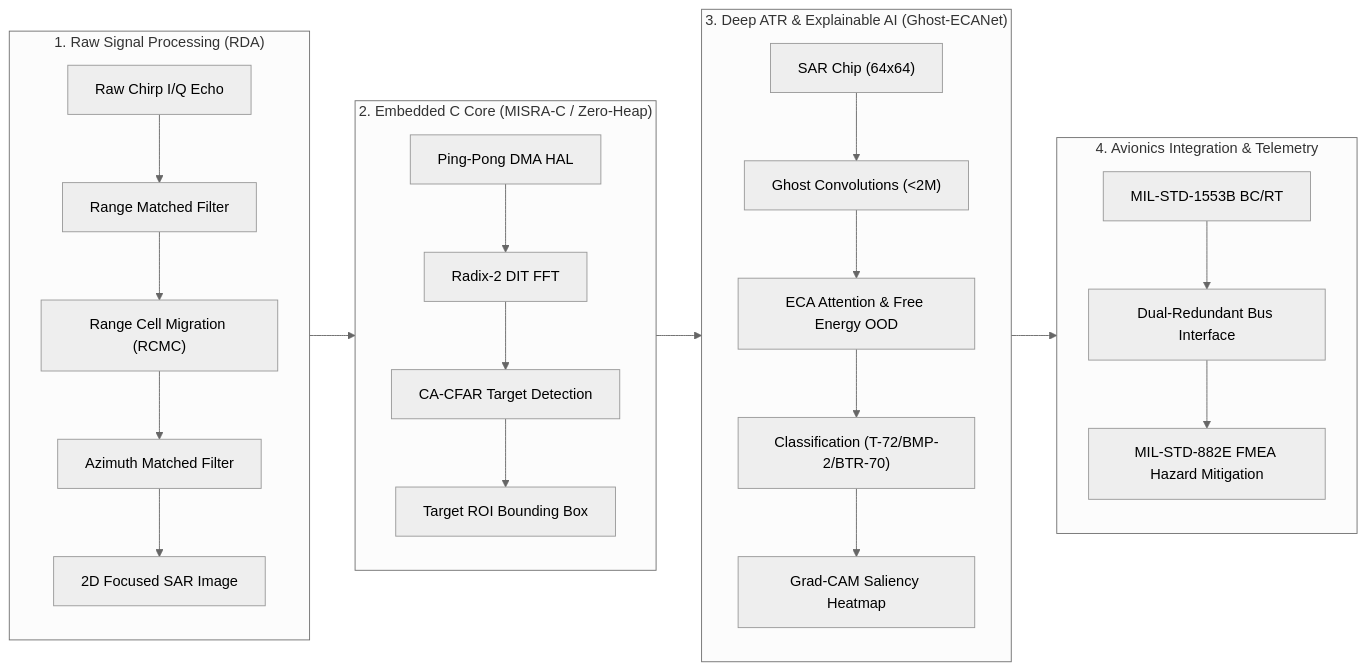
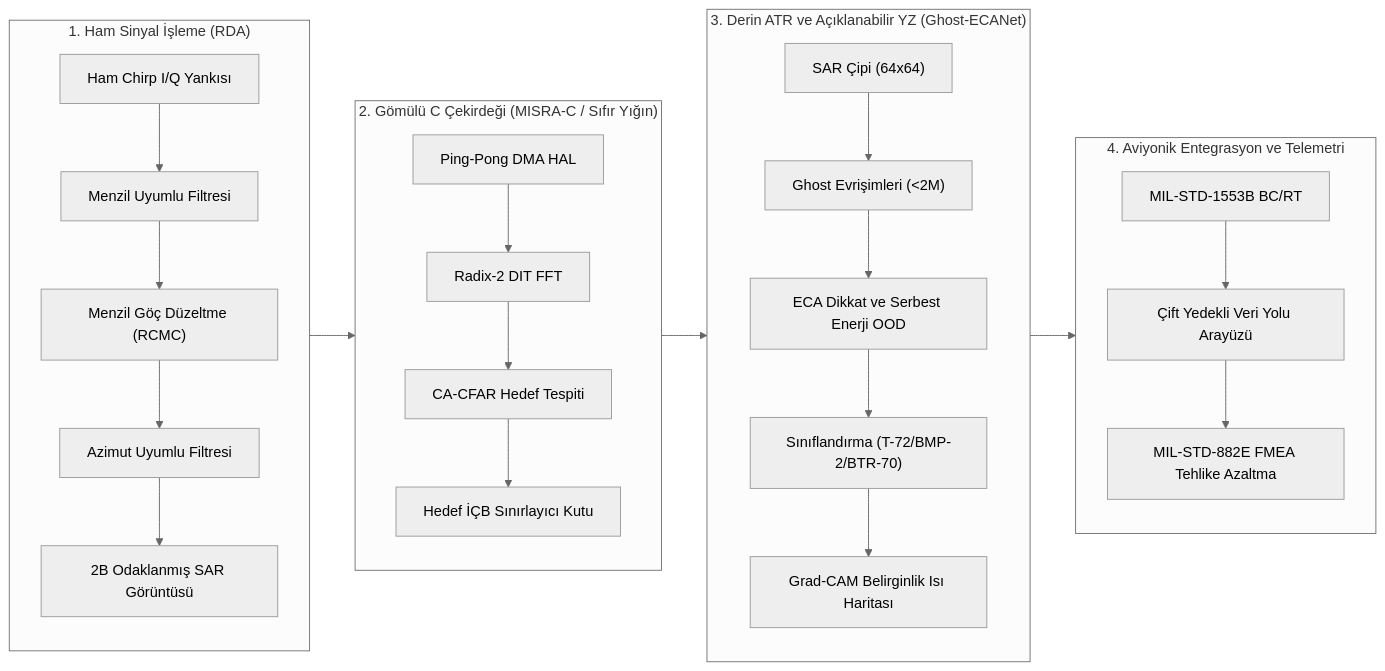
Before and after one commit to TunahanSanal/EdgeSAR: the diagram in README.md, drawn with Mermaid (neutral theme). The commit also changed other lines of this file and 1 other file, not shown here.

````diff
--- a/README.md
+++ b/README.md
@@ -22,35 +22,35 @@
 ```mermaid
 flowchart LR
-    subgraph S1["1. Raw Signal Processing (RDA)"]
+    subgraph S1["1. Ham Sinyal İşleme (RDA)"]
         direction TB
-        A1["Raw Chirp I/Q Echo"] --> A2["Range Matched Filter"]
-        A2 --> A3["Range Cell Migration (RCMC)"]
-        A3 --> A4["Azimuth Matched Filter"]
-        A4 --> A5["2D Focused SAR Image"]
+        A1["Ham Chirp I/Q Yankısı"] --> A2["Menzil Uyumlu Filtresi"]
+        A2 --> A3["Menzil Göç Düzeltme (RCMC)"]
+        A3 --> A4["Azimut Uyumlu Filtresi"]
+        A4 --> A5["2B Odaklanmış SAR Görüntüsü"]
     end
 
-    subgraph S2["2. Embedded C Core (MISRA-C / Zero-Heap)"]
+    subgraph S2["2. Gömülü C Çekirdeği (MISRA-C / Sıfır Yığın)"]
         direction TB
         B1["Ping-Pong DMA HAL"] --> B2["Radix-2 DIT FFT"]
-        B2 --> B3["CA-CFAR Target Detection"]
-        B3 --> B4["Target ROI Bounding Box"]
+        B2 --> B3["CA-CFAR Hedef Tespiti"]
+        B3 --> B4["Hedef İÇB Sınırlayıcı Kutu"]
     end
 
-    subgraph S3["3. Deep ATR & Explainable AI (Ghost-ECANet)"]
+    subgraph S3["3. Derin ATR ve Açıklanabilir YZ (Ghost-ECANet)"]
         direction TB
-        C1["SAR Chip (64x64)"] --> C2["Ghost Convolutions (<2M)"]
-        C2 --> C3["ECA Attention & Free Energy OOD"]
-        C3 --> C4["Classification (T-72/BMP-2/BTR-70)"]
-        C4 --> C5["Grad-CAM Saliency Heatmap"]
+        C1["SAR Çipi (64x64)"] --> C2["Ghost Evrişimleri (<2M)"]
+        C2 --> C3["ECA Dikkat ve Serbest Enerji OOD"]
+        C3 --> C4["Sınıflandırma (T-72/BMP-2/BTR-70)"]
+        C4 --> C5["Grad-CAM Belirginlik Isı Haritası"]
     end
 
-    subgraph S4["4. Avionics Integration & Telemetry"]
+    subgraph S4["4. Aviyonik Entegrasyon ve Telemetri"]
         direction TB
-        D1["MIL-STD-1553B BC/RT"] --> D2["Dual-Redundant Bus Interface"]
-        D2 --> D3["MIL-STD-882E FMEA Hazard Mitigation"]
+        D1["MIL-STD-1553B BC/RT"] --> D2["Çift Yedekli Veri Yolu Arayüzü"]
+        D2 --> D3["MIL-STD-882E FMEA Tehlike Azaltma"]
     end
 
     A5 --> B1
     B4 --> C1
     C4 --> D1
 ```
````
